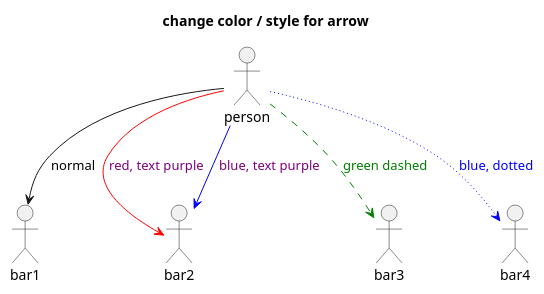
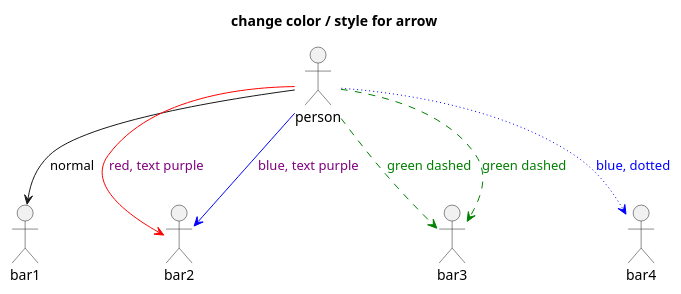
One commit to yasenstar/PlantUML_in_Action changed the diagram in 02_usecase_diagram/02.10-02.18/02_16.puml. Above: the diagram before and after it, drawn with PlantUML. The commit also changed 2 other files, not shown here.

```diff
--- a/02_usecase_diagram/02.10-02.18/02_16.puml
+++ b/02_usecase_diagram/02.10-02.18/02_16.puml
@@ -1,16 +1,17 @@
 @startuml
 title change color / style for arrow
 
 actor person
 actor bar1
 actor bar2
 actor bar3
 actor bar4
 
 (person) --> (bar1) : normal
 (person) --> (bar2) #line:red;text:purple : red, text purple
 (person) --> (bar2) #blue;text:purple : blue, text purple
 (person) --> (bar3) #line:green;line.dashed;text:green : green dashed
+(person) --> (bar3) #green;line.dashed;text:green : green dashed
 (person) --> (bar4) #line:blue;line.dotted;text:blue : blue, dotted
 
 @enduml
```
